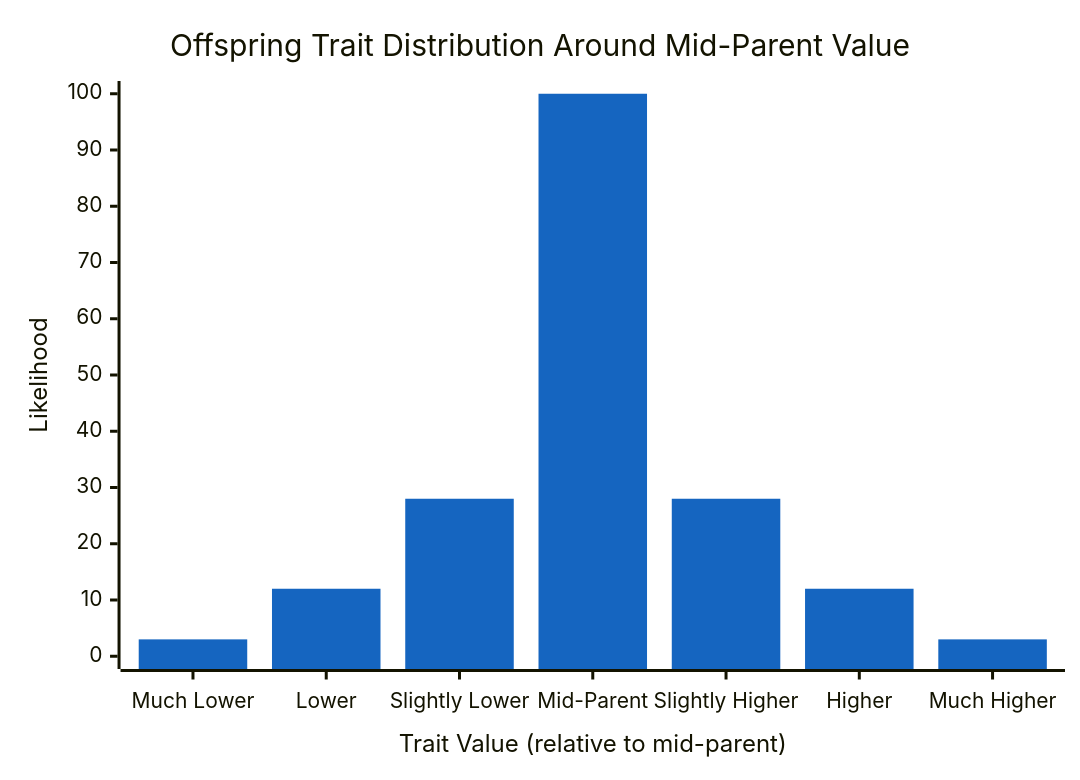
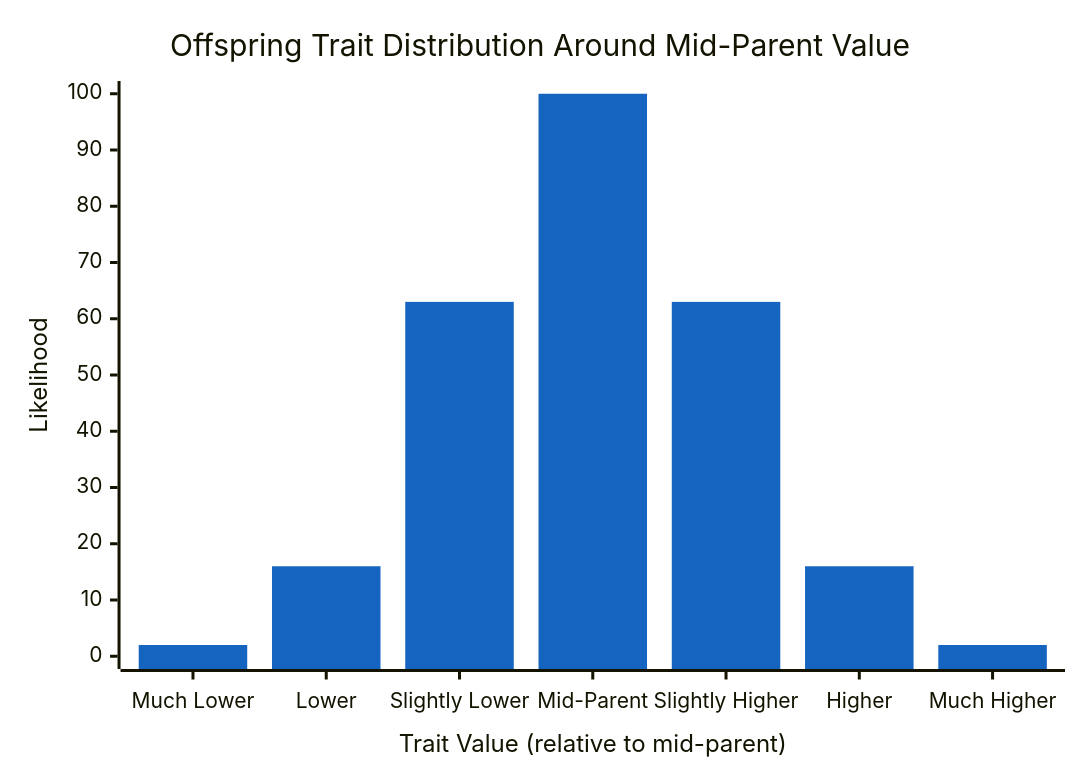
The first of 3 diagrams in docs/user-guide/faq.md (rittermod/FS25_RealisticLivestockRM), drawn with Mermaid before and after one commit. The commit also changed other lines of this file and 23 other files, not shown here.

````diff
--- a/docs/user-guide/faq.md
+++ b/docs/user-guide/faq.md
@@ -27,8 +27,8 @@
 ```mermaid
 %%{init: {"themeVariables": {"xyChart": {"plotColorPalette": "#1565c0"}}}}%%
 xychart-beta
     title "Offspring Trait Distribution Around Mid-Parent Value"
     x-axis "Trait Value (relative to mid-parent)" ["Much Lower", "Lower", "Slightly Lower", "Mid-Parent", "Slightly Higher", "Higher", "Much Higher"]
     y-axis "Likelihood" 0 --> 100
-    bar [3, 12, 28, 100, 28, 12, 3]
+    bar [2, 16, 63, 100, 63, 16, 2]
 ```
````
